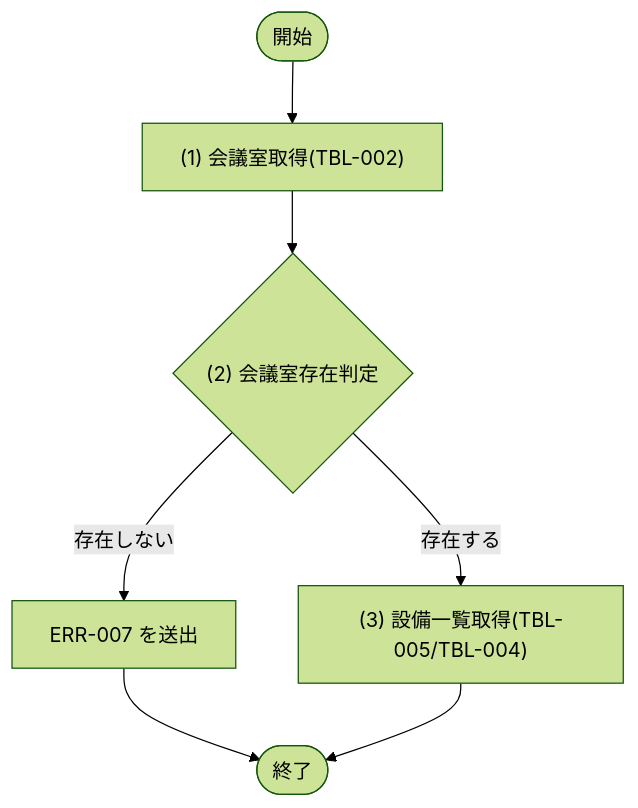
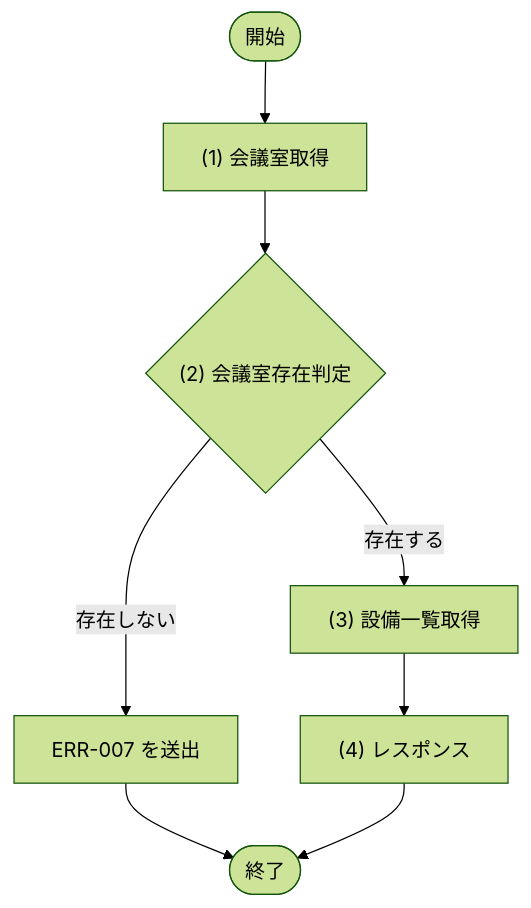
Before and after one commit to sikakou54/system-document-template: the second of 2 diagrams in docs/02_機能設計/05_モジュール設計/MOD-002_会議室検索サービス.md, drawn with Mermaid (forest theme). The commit also changed other lines of this file and 128 other files, not shown here.

````diff
--- a/docs/02_機能設計/05_モジュール設計/MOD-002_会議室検索サービス.md
+++ b/docs/02_機能設計/05_モジュール設計/MOD-002_会議室検索サービス.md
@@ -30,13 +137,14 @@
 ```mermaid
 flowchart TD
   Start([開始])
-  P1["(1) 会議室取得(TBL-002)"]
+  P1["(1) 会議室取得"]
   D1{"(2) 会議室存在判定"}
-  P2["(3) 設備一覧取得(TBL-005/TBL-004)"]
+  P2["(3) 設備一覧取得"]
   E1["ERR-007 を送出"]
+  P4["(4) レスポンス"]
   End([終了])
 
   Start --> P1 --> D1
   D1 -- "存在しない" --> E1 --> End
-  D1 -- "存在する" --> P2 --> End
+  D1 -- "存在する" --> P2 --> P4 --> End
 ```
````
